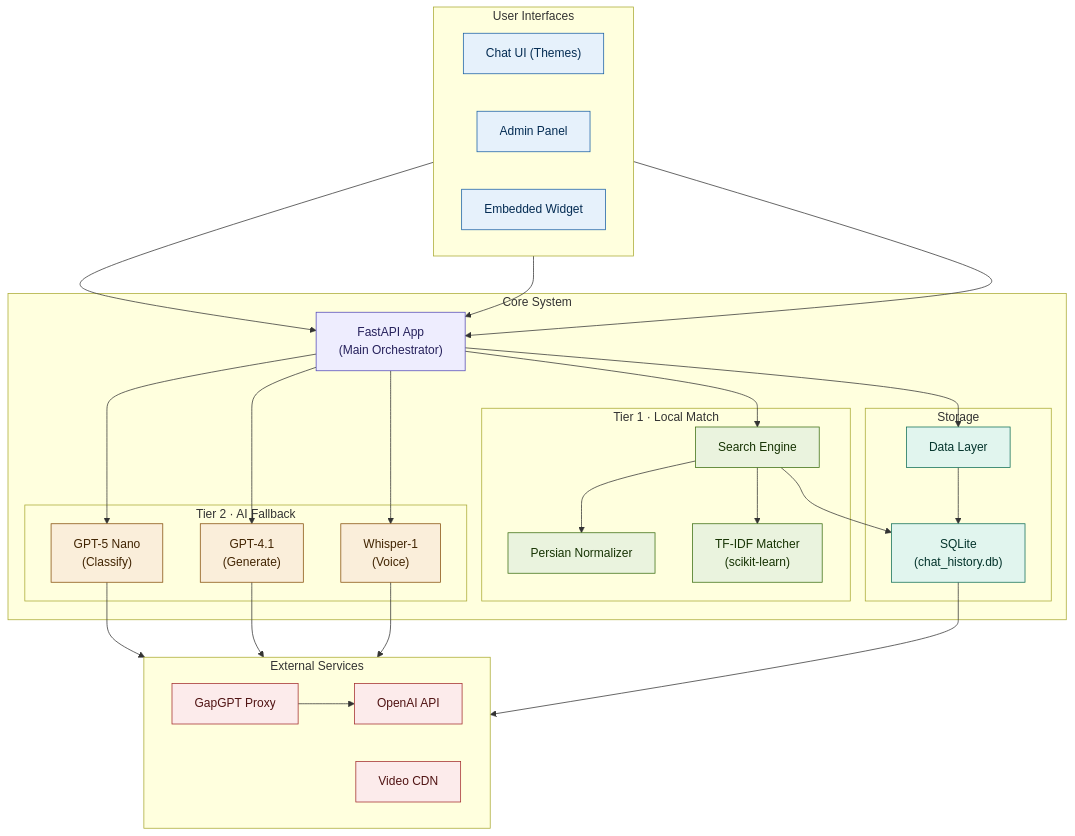
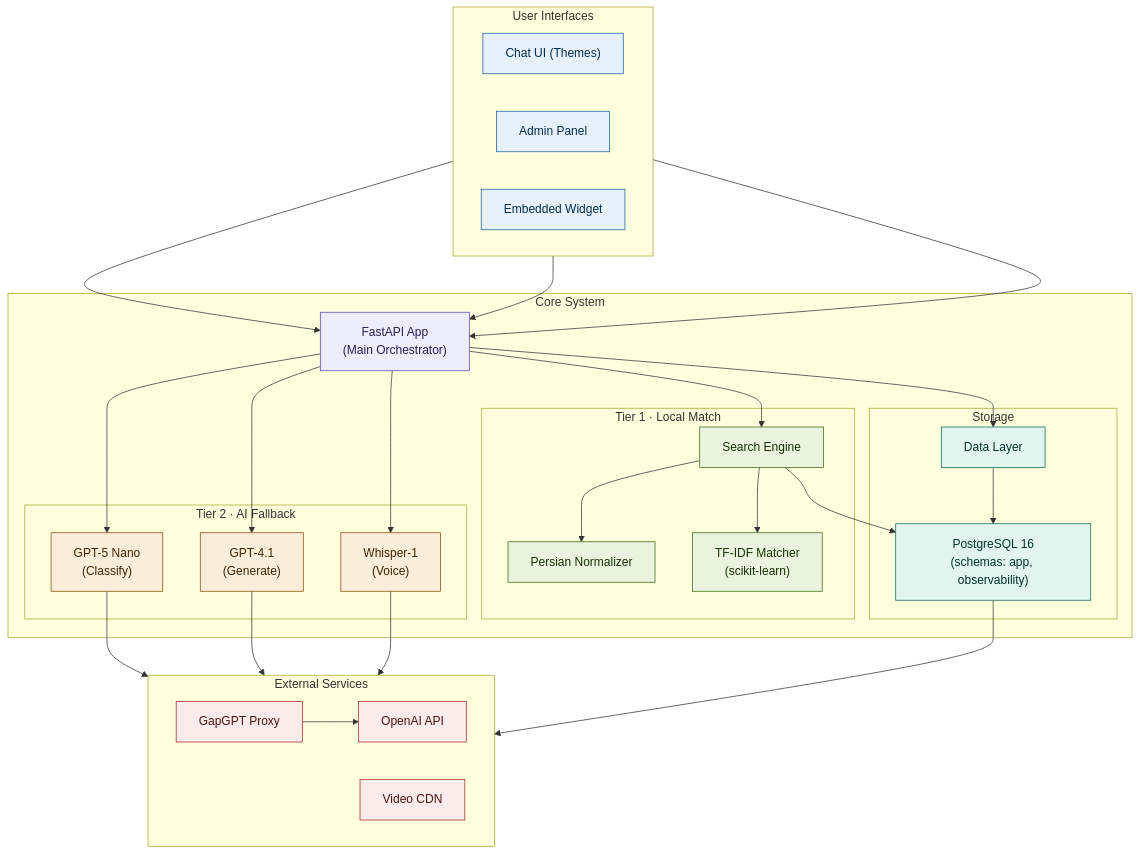
The diagram in README.md (Kohandezh/PadyarAIChatBot), drawn with Mermaid before and after one commit. The commit also changed other lines of this file and 14 other files, not shown here.

First line of the commit message:
fix(db): remove SQLite remnants from the PostgreSQL cutover

````diff
--- a/README.md
+++ b/README.md
@@ -29,73 +29,73 @@
 ```mermaid
 flowchart TB
   subgraph UI["User Interfaces"]
     direction LR
     ChatUI["Chat UI (Themes)"]
     AdminUI["Admin Panel"]
     Embed["Embedded Widget"]
   end
 
   subgraph Core["Core System"]
     Orchestrator["FastAPI App<br/>(Main Orchestrator)"]
 
     subgraph Tier1["Tier 1 · Local Match"]
       Search["Search Engine"]
       Norm["Persian Normalizer"]
       TFIDF["TF-IDF Matcher<br/>(scikit-learn)"]
     end
 
     subgraph Tier2["Tier 2 · AI Fallback"]
       Nano["GPT-5 Nano<br/>(Classify)"]
       GPT41["GPT-4.1<br/>(Generate)"]
       Whisper["Whisper-1<br/>(Voice)"]
     end
 
     subgraph Store["Storage"]
       DBLayer["Data Layer"]
-      SQLite["SQLite<br/>(chat_history.db)"]
+      SQLite["PostgreSQL 16<br/>(schemas: app, observability)"]
     end
   end
 
   subgraph Ext["External Services"]
     direction LR
     OpenAI["OpenAI API"]
     GapGPT["GapGPT Proxy"]
     VideoCDN["Video CDN"]
   end
 
   ChatUI --> Orchestrator
   AdminUI --> Orchestrator
   Embed --> Orchestrator
 
   Orchestrator --> Search
   Search --> Norm
   Search --> TFIDF
   Search --> SQLite
 
   Orchestrator --> Nano
   Orchestrator --> GPT41
   Orchestrator --> Whisper
 
   Orchestrator --> DBLayer
   DBLayer --> SQLite
 
   Nano --> GapGPT
   GPT41 --> GapGPT
   Whisper --> GapGPT
   GapGPT --> OpenAI
   SQLite --> VideoCDN
 
   classDef ui fill:#E6F1FB,stroke:#185FA5,color:#042C53;
   classDef core fill:#EEEDFE,stroke:#534AB7,color:#26215C;
   classDef green fill:#EAF3DE,stroke:#3B6D11,color:#173404;
   classDef amber fill:#FAEEDA,stroke:#854F0B,color:#412402;
   classDef teal fill:#E1F5EE,stroke:#0F6E56,color:#04342C;
   classDef red fill:#FCEBEB,stroke:#A32D2D,color:#501313;
 
   class ChatUI,AdminUI,Embed ui;
   class Orchestrator core;
   class Search,Norm,TFIDF green;
   class Nano,GPT41,Whisper amber;
   class DBLayer,SQLite teal;
   class OpenAI,GapGPT,VideoCDN red;
 ```
````
